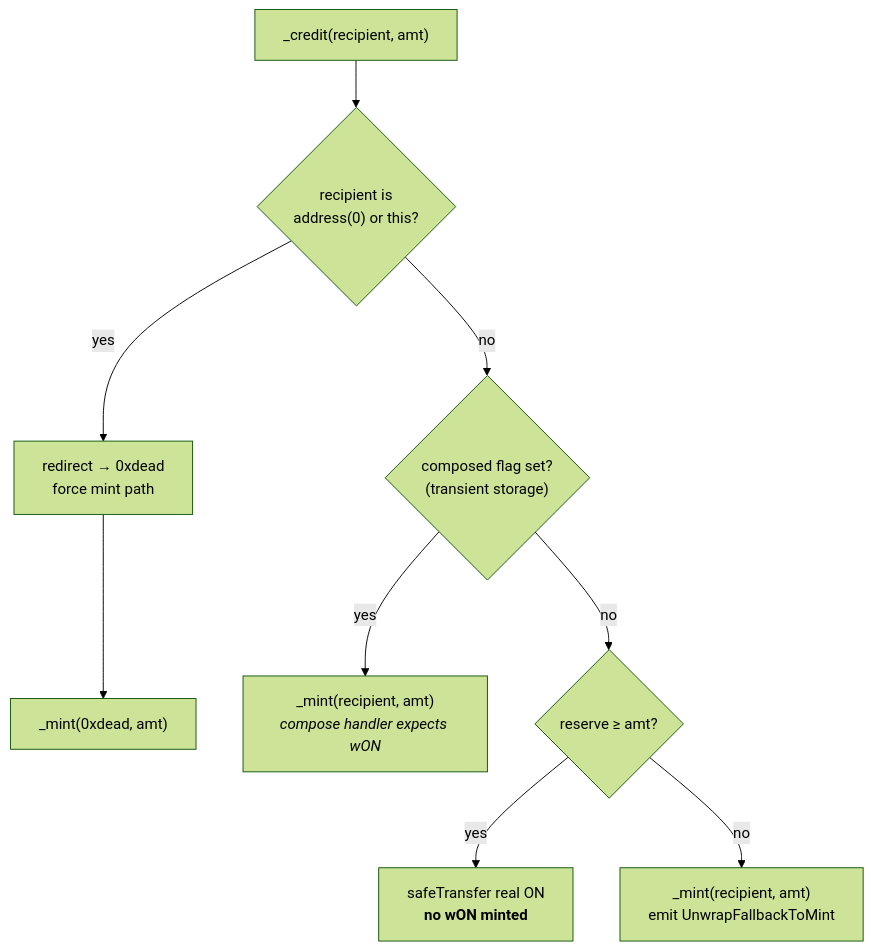
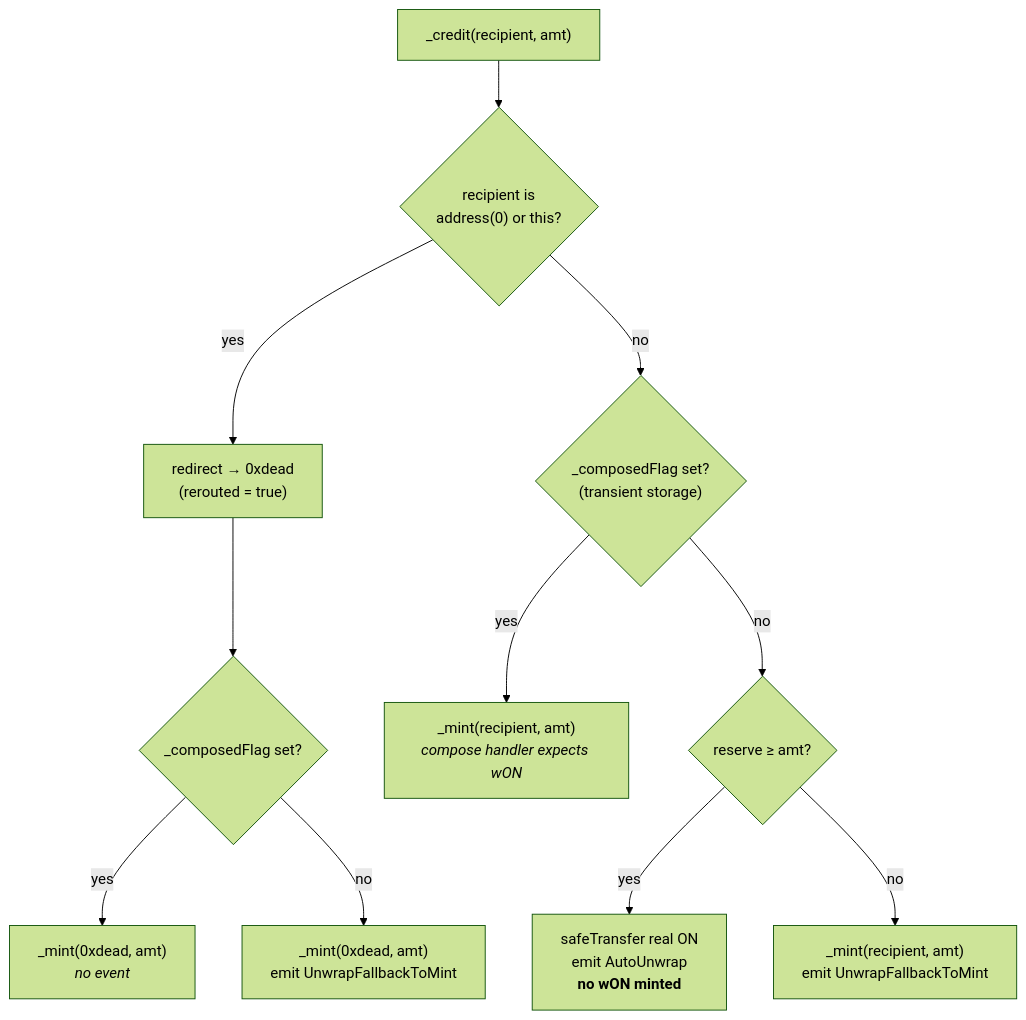
Before and after one commit to orochi-network/bridge: the third of 3 diagrams in docs/ARCHITECTURE.md, drawn with Mermaid (forest theme). The commit also changed other lines of this file, not shown here.

Commit message:
docs(arch): address PR #14 review — conservation precision + decision-tree events
Reviewer (brng1151) flagged two documentation polish issues:

- Conservation invariant lead sentence implied all wON is backed by
  BSC-locked ON, ignoring wrap-deposit-backed wON which is held
  against the ETH-side reserve. Rewrite to enumerate both backing
  paths (BSC lock for bridged wON, ETH reserve for wrapped wON) and
  reposition seedReserve as the un-claimed subsidy slice rather than
  a parallel "reserve component".

- _credit decision tree showed only one node for the rerouted branch
  and didn't reflect that UnwrapFallbackToMint emits only when
  !_composedFlag (the rerouted+composed corner case mints silently).
  Split the rerouted branch by composed-flag, add an explicit AutoUnwrap
  annotation on the safeTransfer node, so all five terminal outcomes
  carry their actual event semantics.

````diff
--- a/docs/ARCHITECTURE.md
+++ b/docs/ARCHITECTURE.md
@@ -121,11 +121,13 @@
 ```mermaid
 flowchart TD
     A["_credit(recipient, amt)"] --> B{"recipient is<br/>address(0) or this?"}
-    B -->|yes| C["redirect → 0xdead<br/>force mint path"]
-    B -->|no| D{"composed flag set?<br/>(transient storage)"}
-    C --> E["_mint(0xdead, amt)"]
+    B -->|yes| C["redirect → 0xdead<br/>(rerouted = true)"]
+    B -->|no| D{"_composedFlag set?<br/>(transient storage)"}
+    C --> CC{"_composedFlag set?"}
+    CC -->|yes| CY["_mint(0xdead, amt)<br/><i>no event</i>"]
+    CC -->|no| CN["_mint(0xdead, amt)<br/>emit UnwrapFallbackToMint"]
     D -->|yes| F["_mint(recipient, amt)<br/><i>compose handler expects wON</i>"]
     D -->|no| G{"reserve ≥ amt?"}
-    G -->|yes| H["safeTransfer real ON<br/><b>no wON minted</b>"]
+    G -->|yes| H["safeTransfer real ON<br/>emit AutoUnwrap<br/><b>no wON minted</b>"]
     G -->|no| I["_mint(recipient, amt)<br/>emit UnwrapFallbackToMint"]
 ```
````
